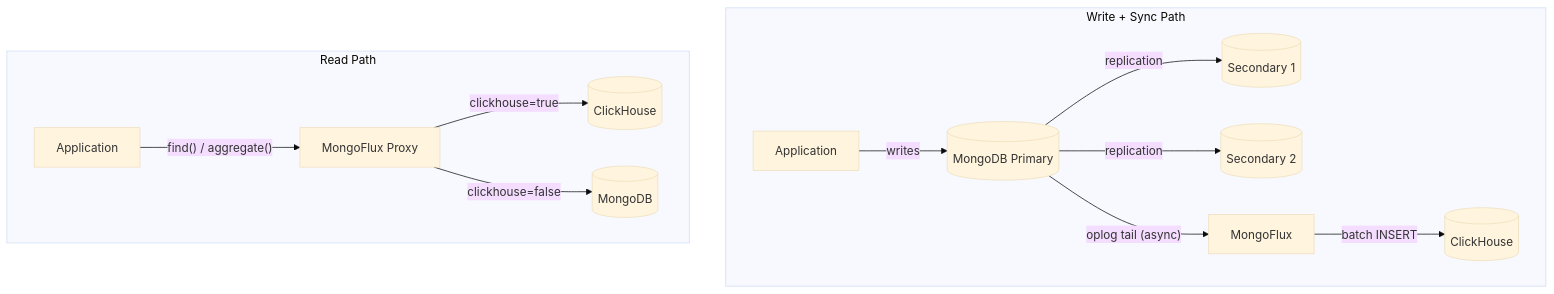
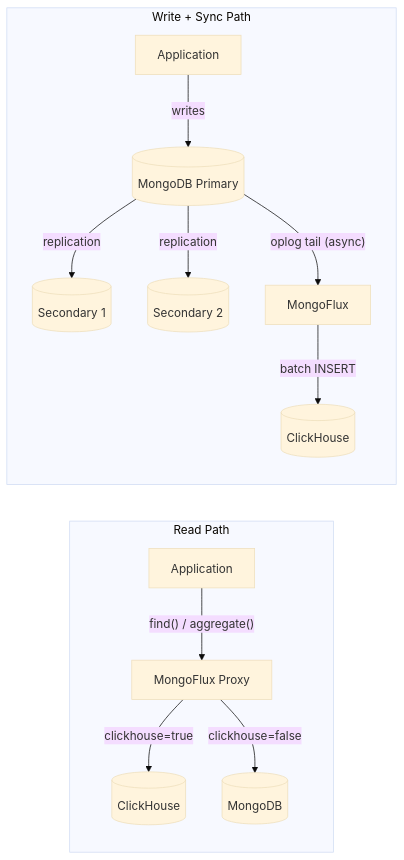
The first of 2 diagrams in README.md (mrityunjaysharma/mongo-flux), drawn with Mermaid (base theme) before and after one commit.

````diff
--- a/README.md
+++ b/README.md
@@ -17,16 +17,20 @@
 ```mermaid
 flowchart TD
     subgraph write_sync ["Write + Sync Path"]
+        direction TB
         APP1[Application] -->|"writes"| MGP[(MongoDB Primary)]
         MGP -->|replication| S1[(Secondary 1)]
         MGP -->|replication| S2[(Secondary 2)]
         MGP -->|"oplog tail (async)"| MF[MongoFlux]
         MF -->|"batch INSERT"| CH[(ClickHouse)]
     end
 
     subgraph read_path ["Read Path"]
+        direction TB
         APP2[Application] -->|"find() / aggregate()"| MF2[MongoFlux Proxy]
         MF2 -->|"clickhouse=true"| CH2[(ClickHouse)]
         MF2 -->|"clickhouse=false"| MGP2[(MongoDB)]
     end
+
+    write_sync ~~~ read_path
 ```
````
